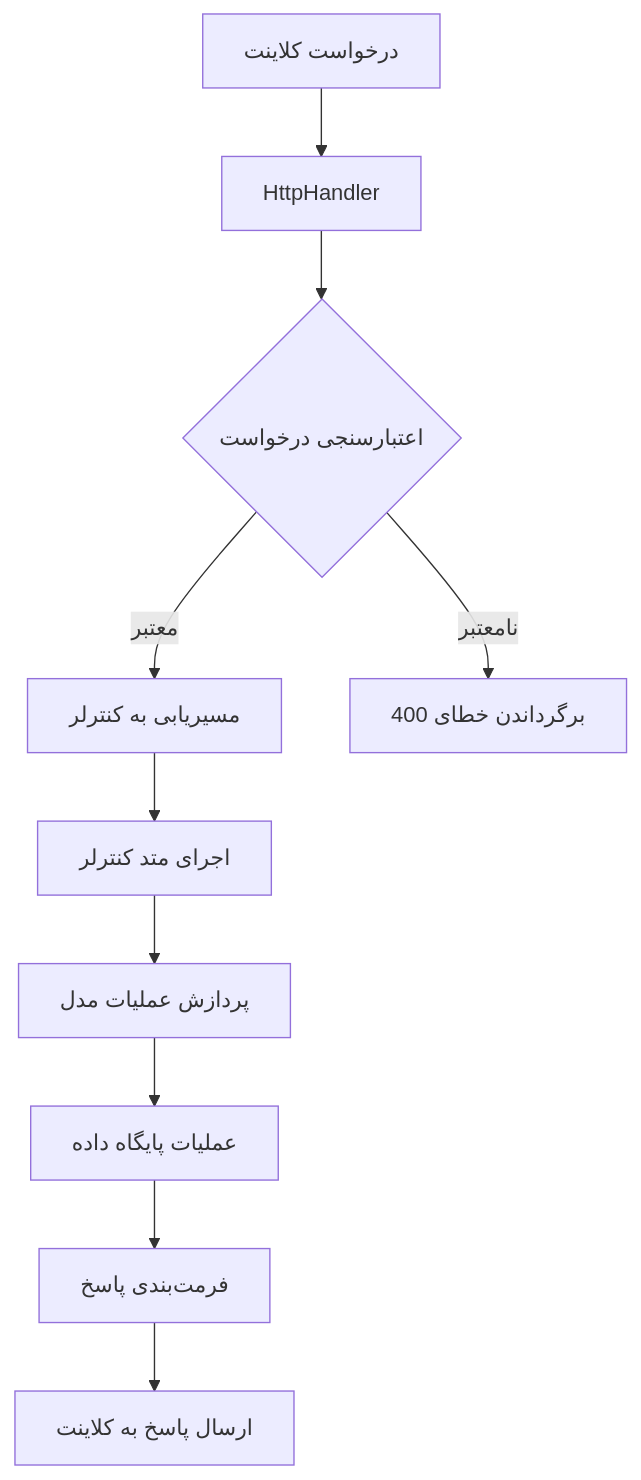
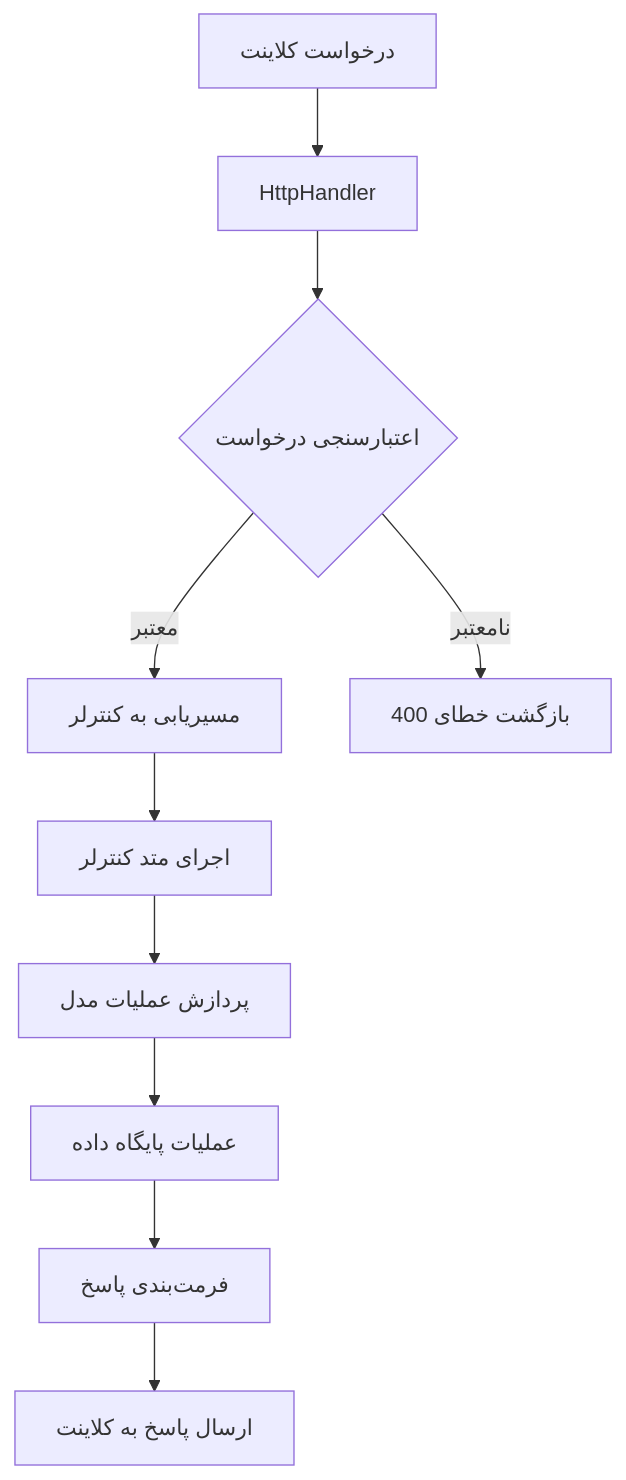
One commit to secure73/MicrosPy changed the first of 4 diagrams in DOCUMENTATION.fa.md. Above: the diagram before and after it, drawn with Mermaid. The commit also changed other lines of this file and 2 other files, not shown here.

````diff
--- a/DOCUMENTATION.fa.md
+++ b/DOCUMENTATION.fa.md
@@ -540,12 +537,12 @@
 ```mermaid
 graph TD
     A[درخواست کلاینت] --> B[HttpHandler]
     B --> C{اعتبارسنجی درخواست}
     C -->|معتبر| D[مسیریابی به کنترلر]
-    C -->|نامعتبر| E[برگرداندن خطای 400]
+    C -->|نامعتبر| E[بازگشت خطای 400]
     D --> F[اجرای متد کنترلر]
     F --> G[پردازش عملیات مدل]
     G --> H[عملیات پایگاه داده]
     H --> I[فرمت‌بندی پاسخ]
     I --> J[ارسال پاسخ به کلاینت]
 ```
````
